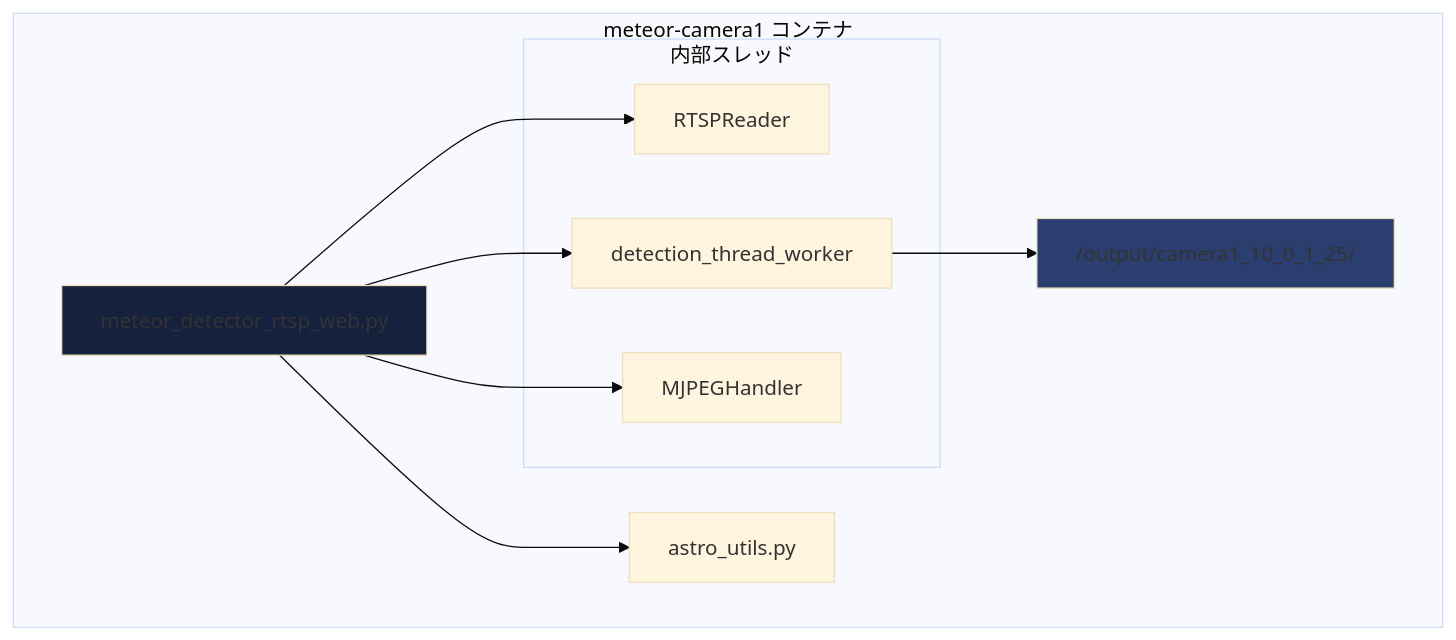
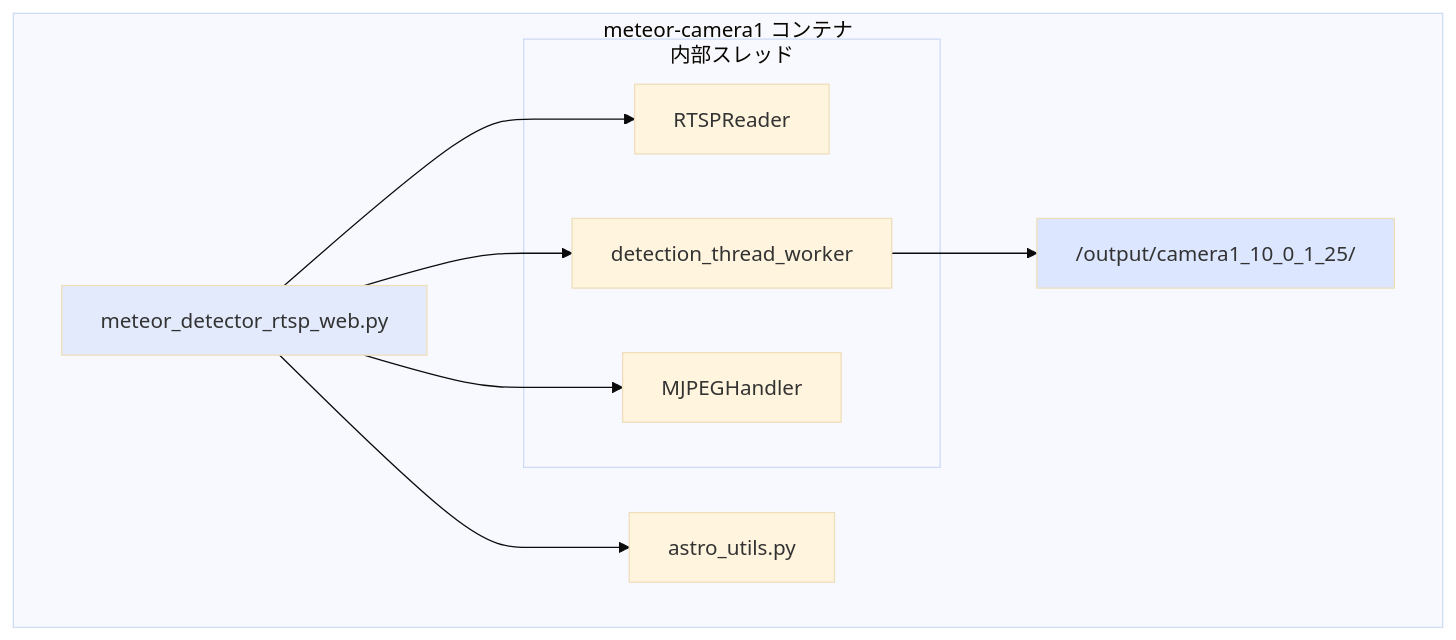
Before and after one commit to Masakai/meteo: the third of 10 diagrams in documents/DOCKER_ARCHITECTURE.md, drawn with Mermaid (base theme). The commit also changed other lines of this file and 8 other files, not shown here.

Commit message:
- Mermaidダイアグラム用スタイルのカラーパレットを調整   - セーフティカラーを温和なトーンへ変更   - Mermaidテーマ設定のドキュメントやスクリプトを更新 - WebRTC/Go2RTC関連のドキュメント強化   - `go2rtc` コンテナ仕様、図解を追加   - ダッシュボード埋め込み方式とストリーミング設定を反映   - 構築手順にポートや依存関係情報を補足

````diff
--- a/documents/DOCKER_ARCHITECTURE.md
+++ b/documents/DOCKER_ARCHITECTURE.md
@@ -141,23 +155,23 @@
 ```mermaid
 graph TB
     subgraph "meteor-camera1 コンテナ"
         Detector["meteor_detector_rtsp_web.py"]
         Astro["astro_utils.py"]
         Output["/output/camera1_10_0_1_25/"]
 
         subgraph "内部スレッド"
             RTSP["RTSPReader"]
             Detection["detection_thread_worker"]
             Web["MJPEGHandler"]
         end
 
         Detector --> RTSP
         Detector --> Detection
         Detector --> Web
         Detector --> Astro
         Detection --> Output
     end
 
-    style Detector fill:#16213e
-    style Output fill:#2a3f6f
+    style Detector fill:#e2eafc
+    style Output fill:#dce6ff
 ```
````
